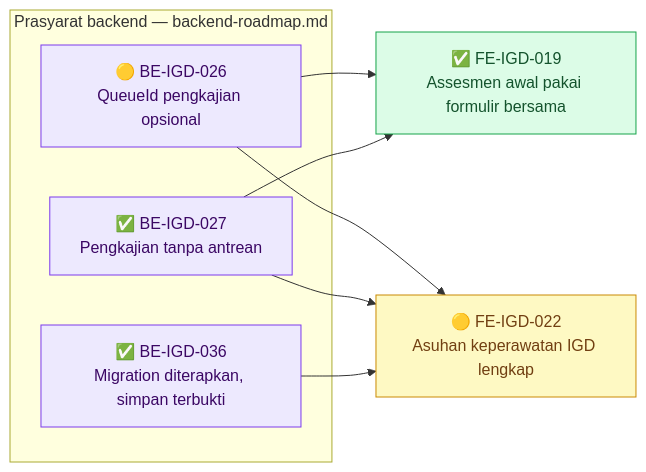
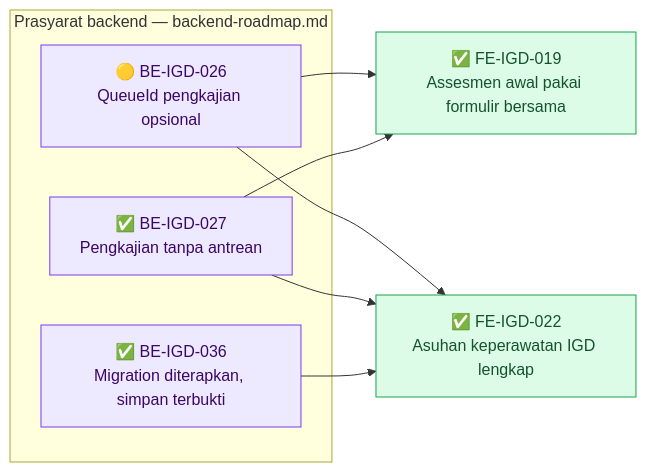
One commit to DevBenari/NewQuilvianSystemBackend changed the sixth of 19 diagrams in docs/module-blueprints/igd/roadmap/frontend-roadmap.md. Above: the diagram before and after it, drawn with Mermaid. The commit also changed other lines of this file and 12 other files, not shown here.

````diff
--- a/docs/module-blueprints/igd/roadmap/frontend-roadmap.md
+++ b/docs/module-blueprints/igd/roadmap/frontend-roadmap.md
@@ -658,23 +660,23 @@
 ```mermaid
 flowchart LR
     classDef selesai fill:#DCFCE7,stroke:#16A34A,color:#14532D
     classDef sebagian fill:#FEF9C3,stroke:#CA8A04,color:#713F12
     classDef terblokir fill:#FEE2E2,stroke:#DC2626,color:#7F1D1D
     classDef belum fill:#F1F5F9,stroke:#64748B,color:#0F172A
     classDef luar fill:#EDE9FE,stroke:#7C3AED,color:#3B0764
 
     subgraph backend["Prasyarat backend — backend-roadmap.md"]
         BEIGD026["🟡 BE-IGD-026<br/>QueueId pengkajian opsional"]:::luar
         BEIGD027["✅ BE-IGD-027<br/>Pengkajian tanpa antrean"]:::luar
         BEIGD036["✅ BE-IGD-036<br/>Migration diterapkan, simpan terbukti"]:::luar
     end
 
     FEIGD019["✅ FE-IGD-019<br/>Assesmen awal pakai formulir bersama"]:::selesai
-    FEIGD022["🟡 FE-IGD-022<br/>Asuhan keperawatan IGD lengkap"]:::sebagian
+    FEIGD022["✅ FE-IGD-022<br/>Asuhan keperawatan IGD lengkap"]:::selesai
 
     BEIGD026 --> FEIGD019
     BEIGD027 --> FEIGD019
     BEIGD026 --> FEIGD022
     BEIGD027 --> FEIGD022
     BEIGD036 --> FEIGD022
 ```
````
